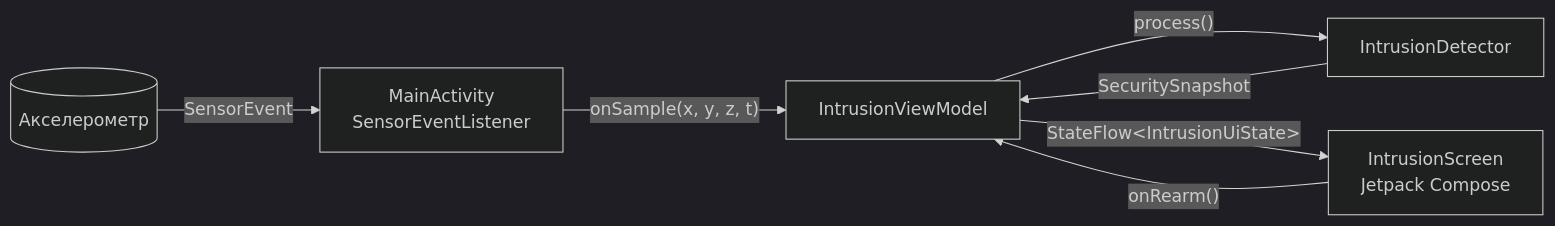
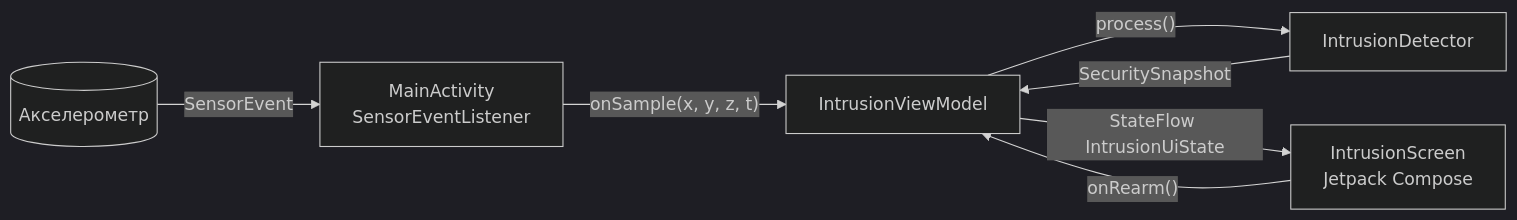
Before and after one commit to NadiiaPokorna/instruction-detector-v13: the first of 7 diagrams in README.md, drawn with Mermaid (dark theme). The commit also changed other lines of this file and 10 other files, not shown here.

````diff
--- a/README.md
+++ b/README.md
@@ -62,9 +71,9 @@
 ```mermaid
 flowchart LR
     S[("Акселерометр")] -->|SensorEvent| A["MainActivity<br/>SensorEventListener"]
     A -->|"onSample(x, y, z, t)"| VM["IntrusionViewModel"]
     VM -->|"process()"| D["IntrusionDetector"]
     D -->|SecuritySnapshot| VM
-    VM -->|"StateFlow&lt;IntrusionUiState&gt;"| UI["IntrusionScreen<br/>Jetpack Compose"]
+    VM -->|"StateFlow IntrusionUiState"| UI["IntrusionScreen<br/>Jetpack Compose"]
     UI -->|"onRearm()"| VM
 ```
````
